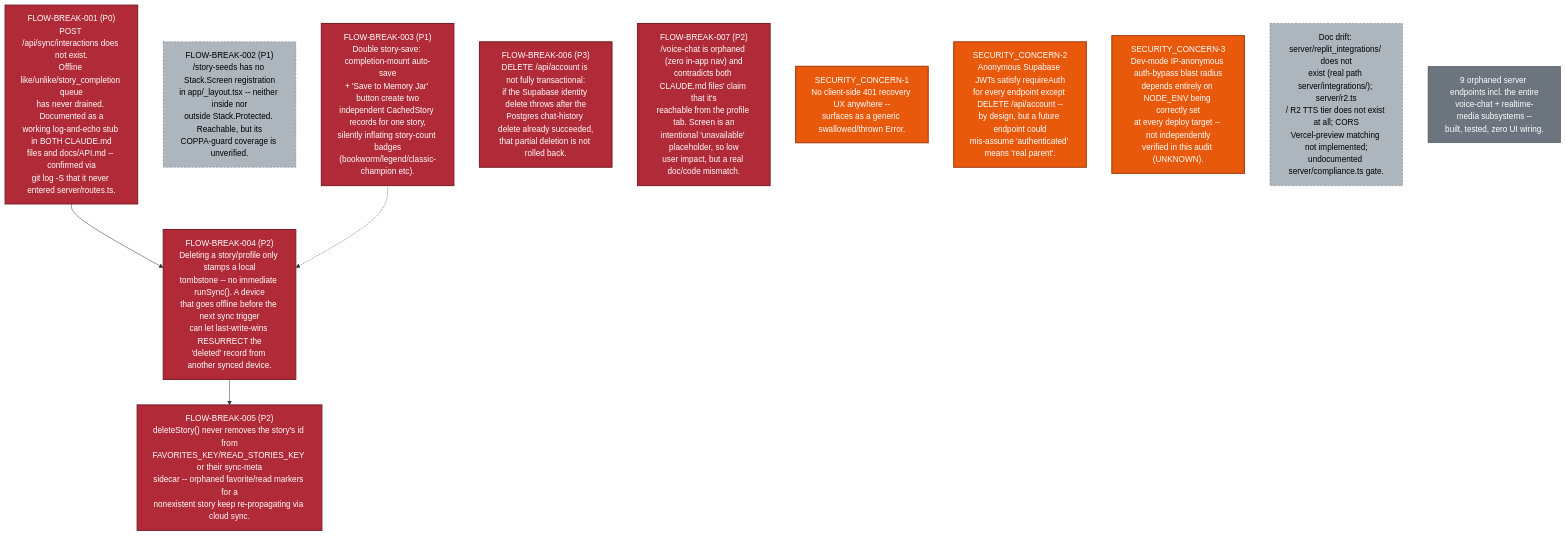
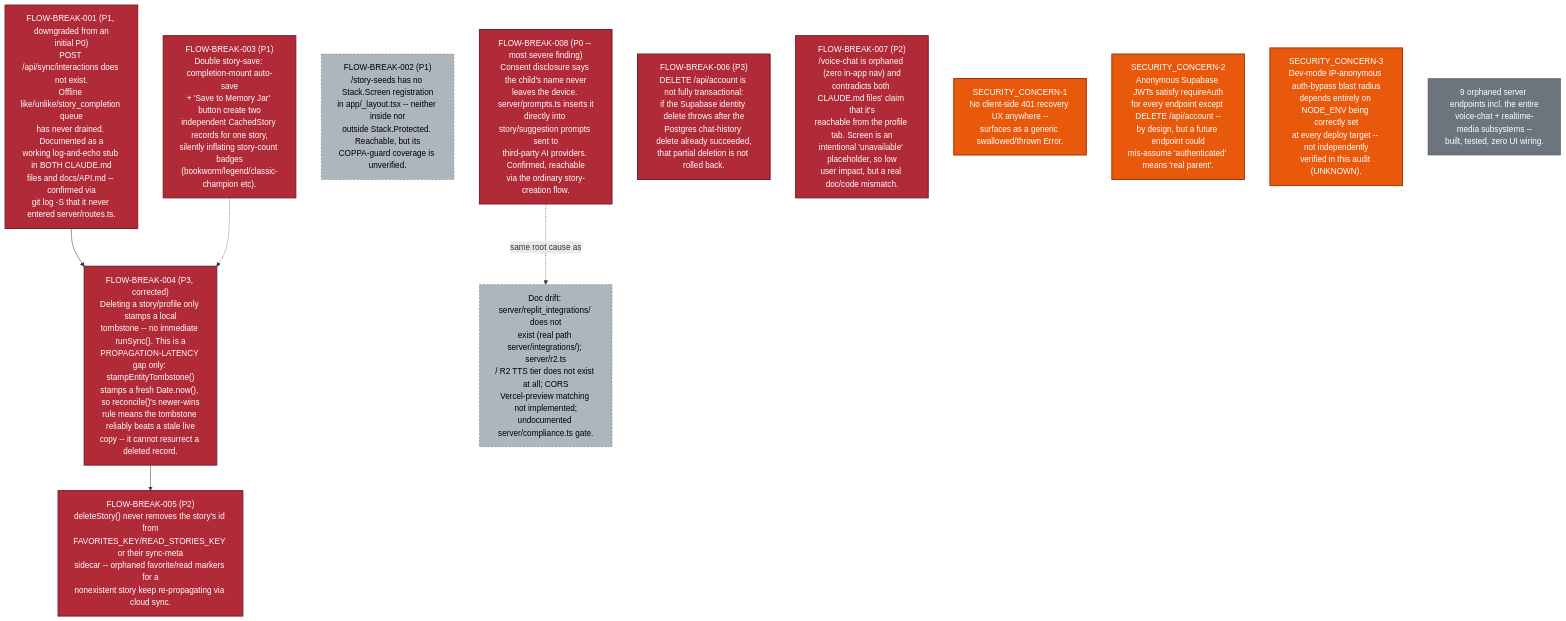
One commit to ChaosClubCo/Infinite-Heros-Bedtime-Chronicles-v5 changed the diagram in docs/application-flow-audit/10-broken-flow-overlay.mmd. Above: the diagram before and after it, drawn with Mermaid. The commit also changed 8 other files, not shown here.

First line of the commit message:
fix(docs): add a confirmed P0 finding and correct three severity/claim errors

```diff
--- a/docs/application-flow-audit/10-broken-flow-overlay.mmd
+++ b/docs/application-flow-audit/10-broken-flow-overlay.mmd
@@ -1,33 +1,36 @@
 %% Broken-Flow Overlay — every VERIFIED_BROKEN / SECURITY_CONCERN / SPEC_UNKNOWN edge
 %% found across this audit, in one place. Cross-reference FLOW-BREAKS.md for IDs.
 flowchart TD
     classDef broken fill:#b02a37,color:#fff,stroke:#7a1f28,stroke-width:2px
     classDef security fill:#e8590c,color:#fff,stroke:#a13a08,stroke-width:2px
     classDef unknown fill:#adb5bd,color:#000,stroke:#6c757d,stroke-dasharray: 4 3
     classDef untested fill:#6c757d,color:#fff,stroke:#495057
 
-    B001["FLOW-BREAK-001 (P0)<br/>POST /api/sync/interactions does not exist.<br/>Offline like/unlike/story_completion queue\nhas never drained. Documented as a\nworking log-and-echo stub in BOTH CLAUDE.md\nfiles and docs/API.md -- confirmed via\ngit log -S that it never entered server/routes.ts."]:::broken
+    B008["FLOW-BREAK-008 (P0 -- most severe finding)<br/>Consent disclosure says the child's name never\nleaves the device. server/prompts.ts inserts it\ndirectly into story/suggestion prompts sent to\nthird-party AI providers. Confirmed, reachable\nvia the ordinary story-creation flow."]:::broken
+
+    B001["FLOW-BREAK-001 (P1, downgraded from an\ninitial P0)<br/>POST /api/sync/interactions does not exist.<br/>Offline like/unlike/story_completion queue\nhas never drained. Documented as a\nworking log-and-echo stub in BOTH CLAUDE.md\nfiles and docs/API.md -- confirmed via\ngit log -S that it never entered server/routes.ts."]:::broken
 
     B002["FLOW-BREAK-002 (P1)<br/>/story-seeds has no Stack.Screen registration\nin app/_layout.tsx -- neither inside nor\noutside Stack.Protected. Reachable, but its\nCOPPA-guard coverage is unverified."]:::unknown
 
     B003["FLOW-BREAK-003 (P1)<br/>Double story-save: completion-mount auto-save\n+ 'Save to Memory Jar' button create two\nindependent CachedStory records for one story,\nsilently inflating story-count badges\n(bookworm/legend/classic-champion etc)."]:::broken
 
-    B004["FLOW-BREAK-004 (P2)<br/>Deleting a story/profile only stamps a local\ntombstone -- no immediate runSync(). A device\nthat goes offline before the next sync trigger\ncan let last-write-wins RESURRECT the\n'deleted' record from another synced device."]:::broken
+    B004["FLOW-BREAK-004 (P3, corrected)<br/>Deleting a story/profile only stamps a local\ntombstone -- no immediate runSync(). This is a\nPROPAGATION-LATENCY gap only: stampEntityTombstone()\nstamps a fresh Date.now(), so reconcile()'s newer-wins\nrule means the tombstone reliably beats a stale live\ncopy -- it cannot resurrect a deleted record."]:::broken
 
     B005["FLOW-BREAK-005 (P2)<br/>deleteStory() never removes the story's id from\nFAVORITES_KEY/READ_STORIES_KEY or their sync-meta\nsidecar -- orphaned favorite/read markers for a\nnonexistent story keep re-propagating via cloud sync."]:::broken
 
     B006["FLOW-BREAK-006 (P3)<br/>DELETE /api/account is not fully transactional:\nif the Supabase identity delete throws after the\nPostgres chat-history delete already succeeded,\nthat partial deletion is not rolled back."]:::broken
 
     B007["FLOW-BREAK-007 (P2)<br/>/voice-chat is orphaned (zero in-app nav) and\ncontradicts both CLAUDE.md files' claim that it's\nreachable from the profile tab. Screen is an\nintentional 'unavailable' placeholder, so low\nuser impact, but a real doc/code mismatch."]:::broken
 
     S001["SECURITY_CONCERN-1<br/>No client-side 401 recovery UX anywhere --\nsurfaces as a generic swallowed/thrown Error."]:::security
     S002["SECURITY_CONCERN-2<br/>Anonymous Supabase JWTs satisfy requireAuth\nfor every endpoint except DELETE /api/account --\nby design, but a future endpoint could\nmis-assume 'authenticated' means 'real parent'."]:::security
     S003["SECURITY_CONCERN-3<br/>Dev-mode IP-anonymous auth-bypass blast radius\ndepends entirely on NODE_ENV being correctly set\nat every deploy target -- not independently\nverified in this audit (UNKNOWN)."]:::security
 
     D001["Doc drift: server/replit_integrations/ does not\nexist (real path server/integrations/); server/r2.ts\n/ R2 TTS tier does not exist at all; CORS\nVercel-preview matching not implemented;\nundocumented server/compliance.ts gate."]:::unknown
 
     U001["9 orphaned server endpoints incl. the entire\nvoice-chat + realtime-media subsystems --\nbuilt, tested, zero UI wiring."]:::untested
 
+    B008 -.->|same root cause as| D001
     B001 --> B004
     B004 --> B005
     B003 -.-> B004
```
